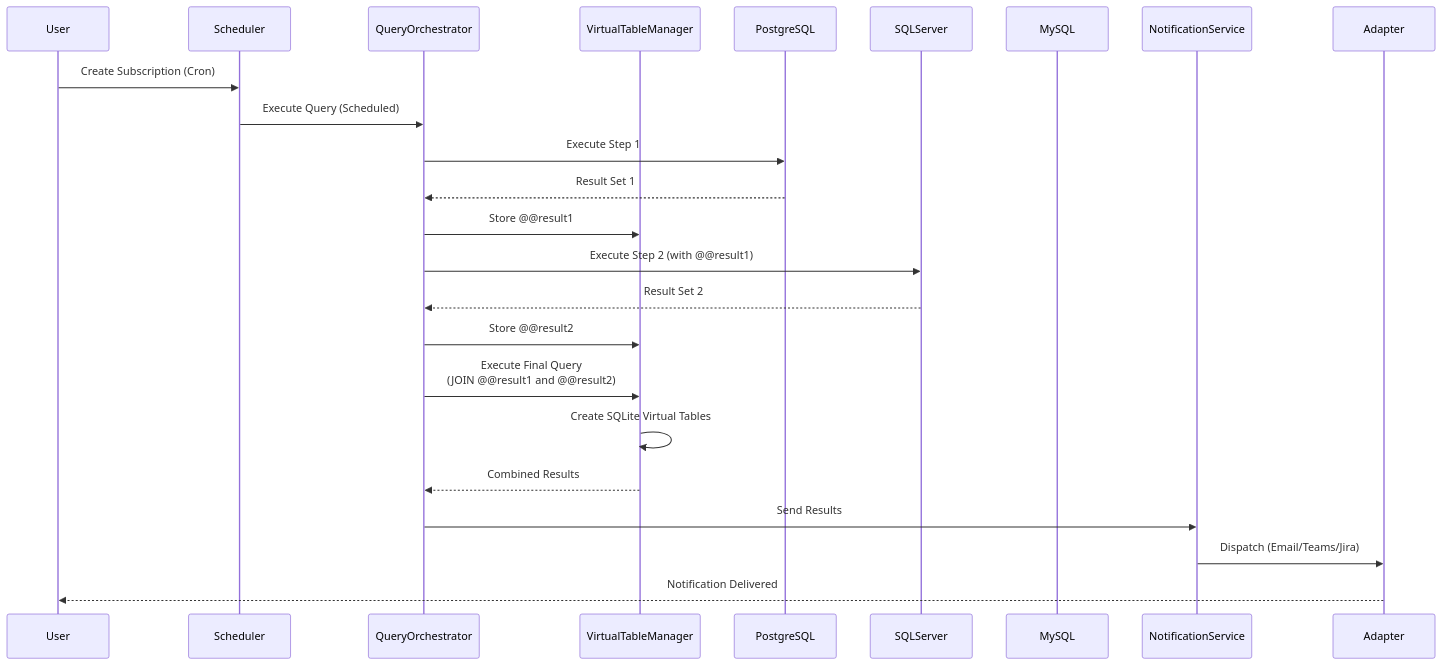
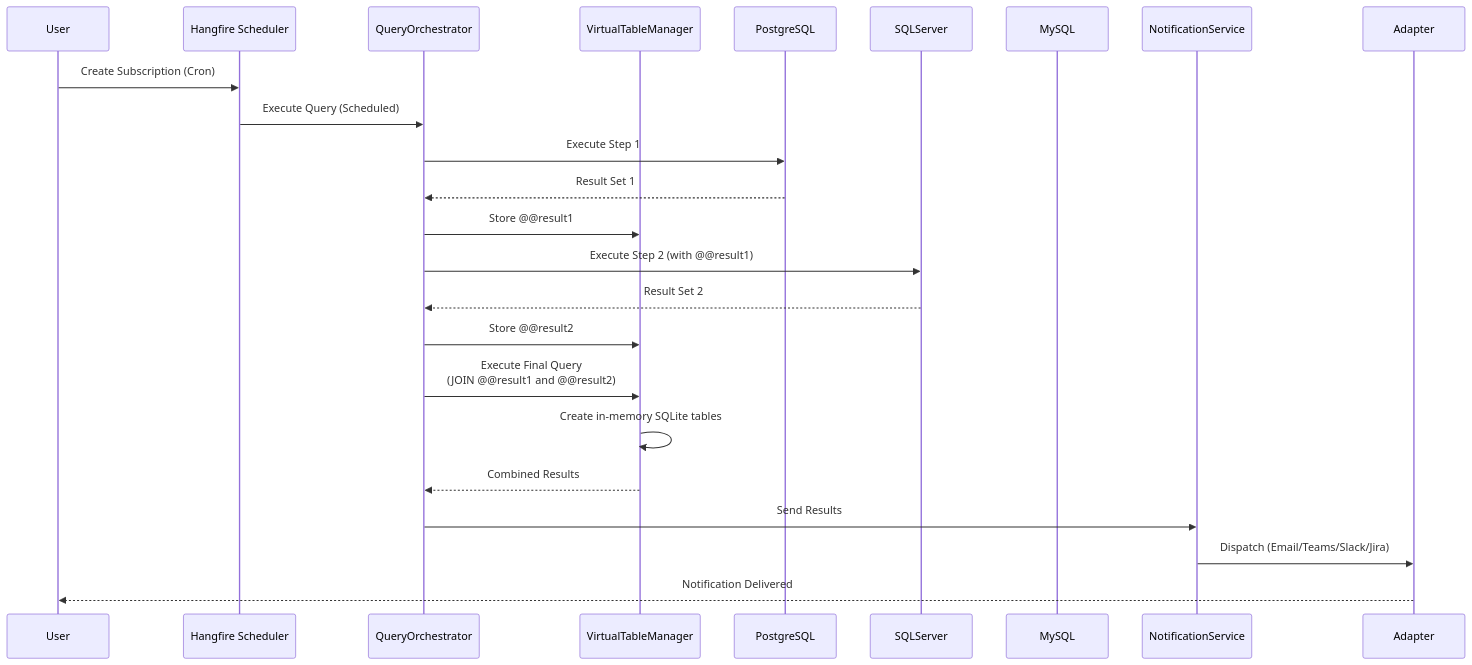
The second of 3 diagrams in docs/index.md (moberghr/beacon), drawn with Mermaid before and after one commit. The commit also changed other lines of this file and 22 other files, not shown here.

````diff
--- a/docs/index.md
+++ b/docs/index.md
@@ -80,31 +92,31 @@
 ```mermaid
 sequenceDiagram
     participant User
-    participant Scheduler
+    participant Scheduler as Hangfire Scheduler
     participant QueryOrchestrator
     participant VirtualTableManager
     participant PostgreSQL
     participant SQLServer
     participant MySQL
     participant NotificationService
     participant Adapter
 
     User->>Scheduler: Create Subscription (Cron)
     Scheduler->>QueryOrchestrator: Execute Query (Scheduled)
 
     QueryOrchestrator->>PostgreSQL: Execute Step 1
     PostgreSQL-->>QueryOrchestrator: Result Set 1
     QueryOrchestrator->>VirtualTableManager: Store @@result1
 
     QueryOrchestrator->>SQLServer: Execute Step 2 (with @@result1)
     SQLServer-->>QueryOrchestrator: Result Set 2
     QueryOrchestrator->>VirtualTableManager: Store @@result2
 
     QueryOrchestrator->>VirtualTableManager: Execute Final Query<br/>(JOIN @@result1 and @@result2)
-    VirtualTableManager->>VirtualTableManager: Create SQLite Virtual Tables
+    VirtualTableManager->>VirtualTableManager: Create in-memory SQLite tables
     VirtualTableManager-->>QueryOrchestrator: Combined Results
 
     QueryOrchestrator->>NotificationService: Send Results
-    NotificationService->>Adapter: Dispatch (Email/Teams/Jira)
+    NotificationService->>Adapter: Dispatch (Email/Teams/Slack/Jira)
     Adapter-->>User: Notification Delivered
 ```
````
